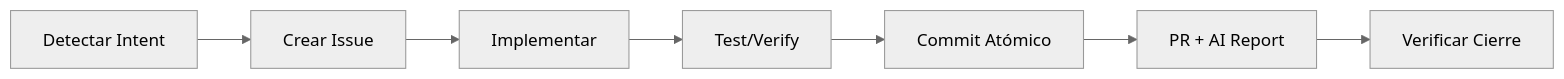
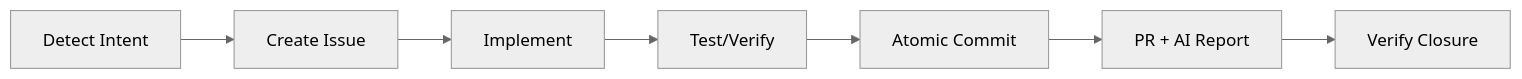
The diagram in .agent/rules/rule-0.md (iberi22/ai-git-core-template), drawn with Mermaid (neutral theme) before and after one commit. The commit also changed other lines of this file and 4 other files, not shown here.

````diff
--- a/.agent/rules/rule-0.md
+++ b/.agent/rules/rule-0.md
@@ -300,9 +300,9 @@
 ```mermaid
 graph LR
-    A[Detectar Intent] --> B[Crear Issue]
-    B --> C[Implementar]
+    A[Detect Intent] --> B[Create Issue]
+    B --> C[Implement]
     C --> D[Test/Verify]
-    D --> E[Commit Atómico]
+    D --> E[Atomic Commit]
     E --> F[PR + AI Report]
-    F --> G[Verificar Cierre]
+    F --> G[Verify Closure]
 ```
````
